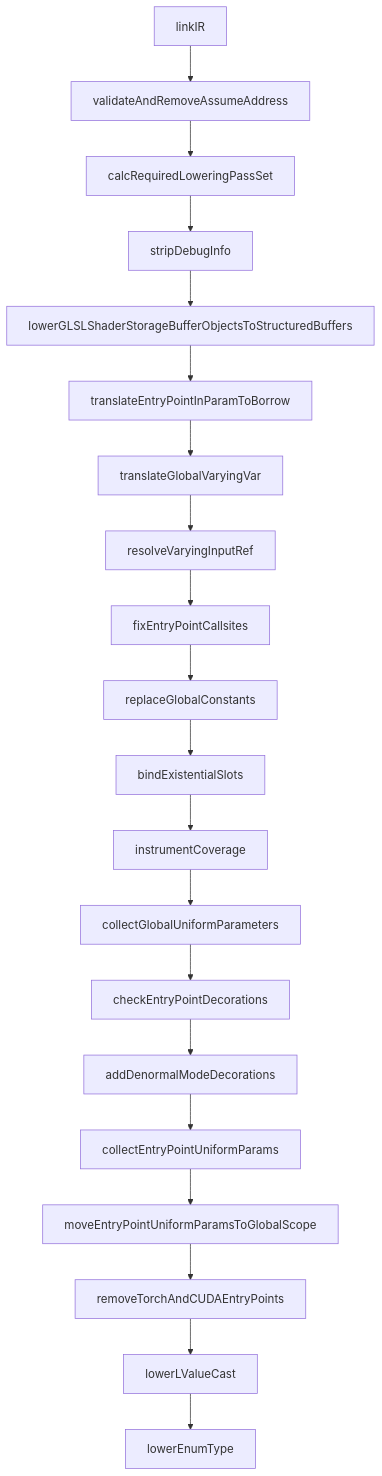
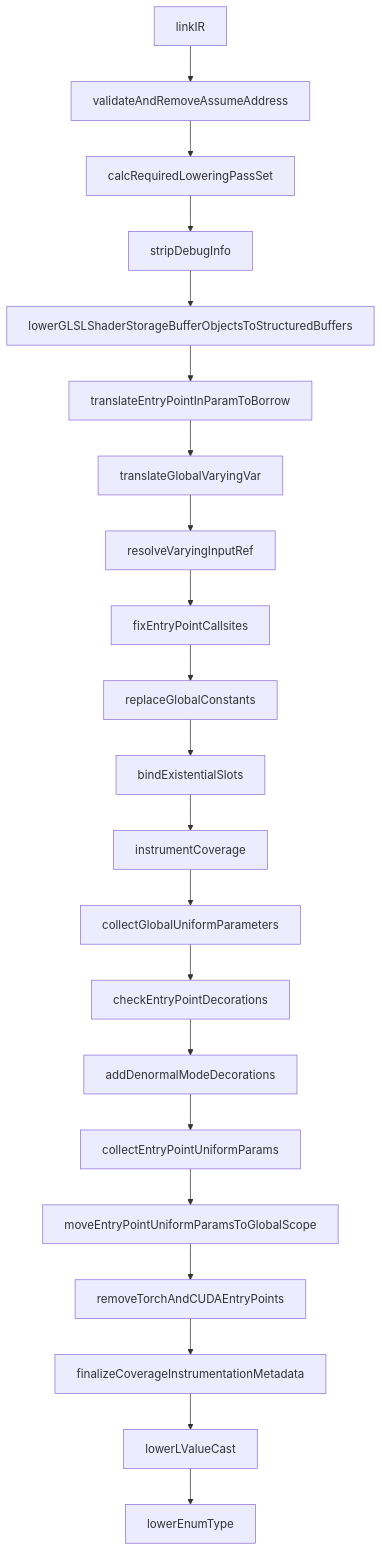
Before and after one commit to shader-slang/slang: the second of 5 diagrams in docs/llm-generated/target-pipelines/hlsl.md, drawn with Mermaid. The commit also changed other lines of this file and 34 other files, not shown here.

````diff
--- a/docs/llm-generated/target-pipelines/hlsl.md
+++ b/docs/llm-generated/target-pipelines/hlsl.md
@@ -77,25 +77,26 @@
 ```mermaid
 flowchart TD
   linkIRn[linkIR]
   vaaa[validateAndRemoveAssumeAddress]
   reqSet1[calcRequiredLoweringPassSet]
   stripDI[stripDebugInfo]
   ssbo[lowerGLSLShaderStorageBufferObjectsToStructuredBuffers]
   tEPInBorrow[translateEntryPointInParamToBorrow]
   tGVV[translateGlobalVaryingVar]
   rvir[resolveVaryingInputRef]
   fEPC[fixEntryPointCallsites]
   rGC[replaceGlobalConstants]
   bES[bindExistentialSlots]
   iC[instrumentCoverage]
   cGUP[collectGlobalUniformParameters]
   cEPD[checkEntryPointDecorations]
   aDMD[addDenormalModeDecorations]
   cEPUP[collectEntryPointUniformParams]
   mEPUP[moveEntryPointUniformParamsToGlobalScope]
   rTCEP[removeTorchAndCUDAEntryPoints]
+  fCIM[finalizeCoverageInstrumentationMetadata]
   lLVC[lowerLValueCast]
   lET[lowerEnumType]
 
-  linkIRn --> vaaa --> reqSet1 --> stripDI --> ssbo --> tEPInBorrow --> tGVV --> rvir --> fEPC --> rGC --> bES --> iC --> cGUP --> cEPD --> aDMD --> cEPUP --> mEPUP --> rTCEP --> lLVC --> lET
+  linkIRn --> vaaa --> reqSet1 --> stripDI --> ssbo --> tEPInBorrow --> tGVV --> rvir --> fEPC --> rGC --> bES --> iC --> cGUP --> cEPD --> aDMD --> cEPUP --> mEPUP --> rTCEP --> fCIM --> lLVC --> lET
 ```
````
